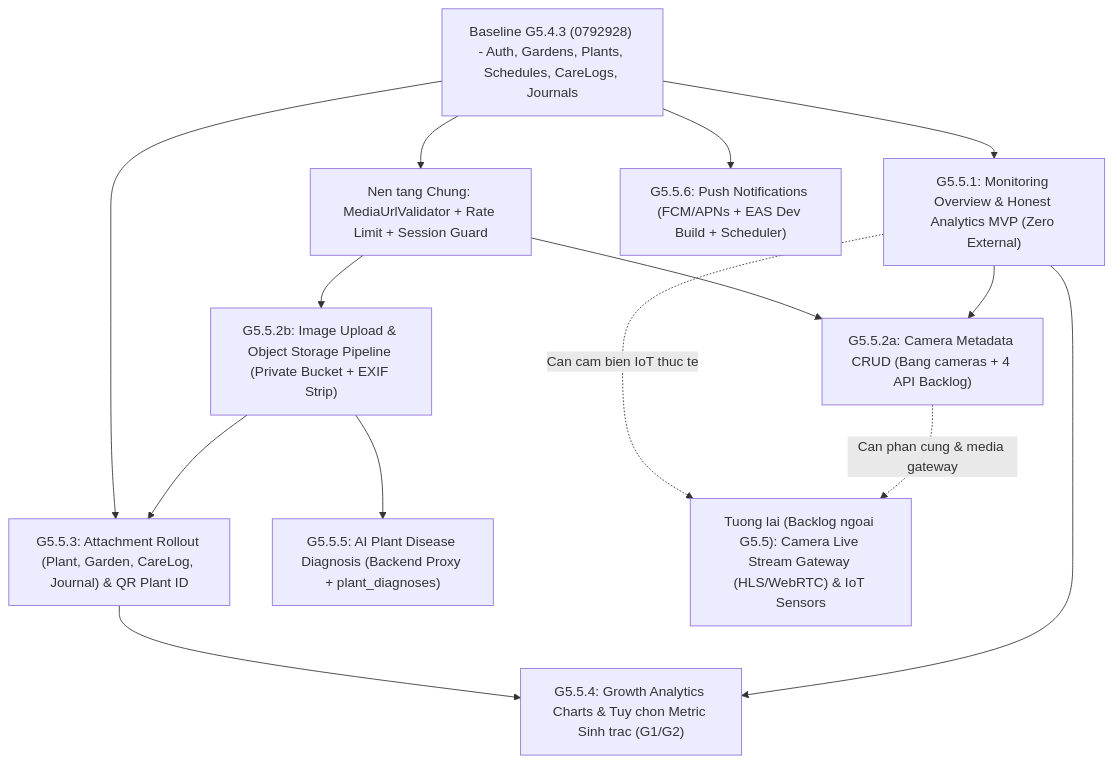
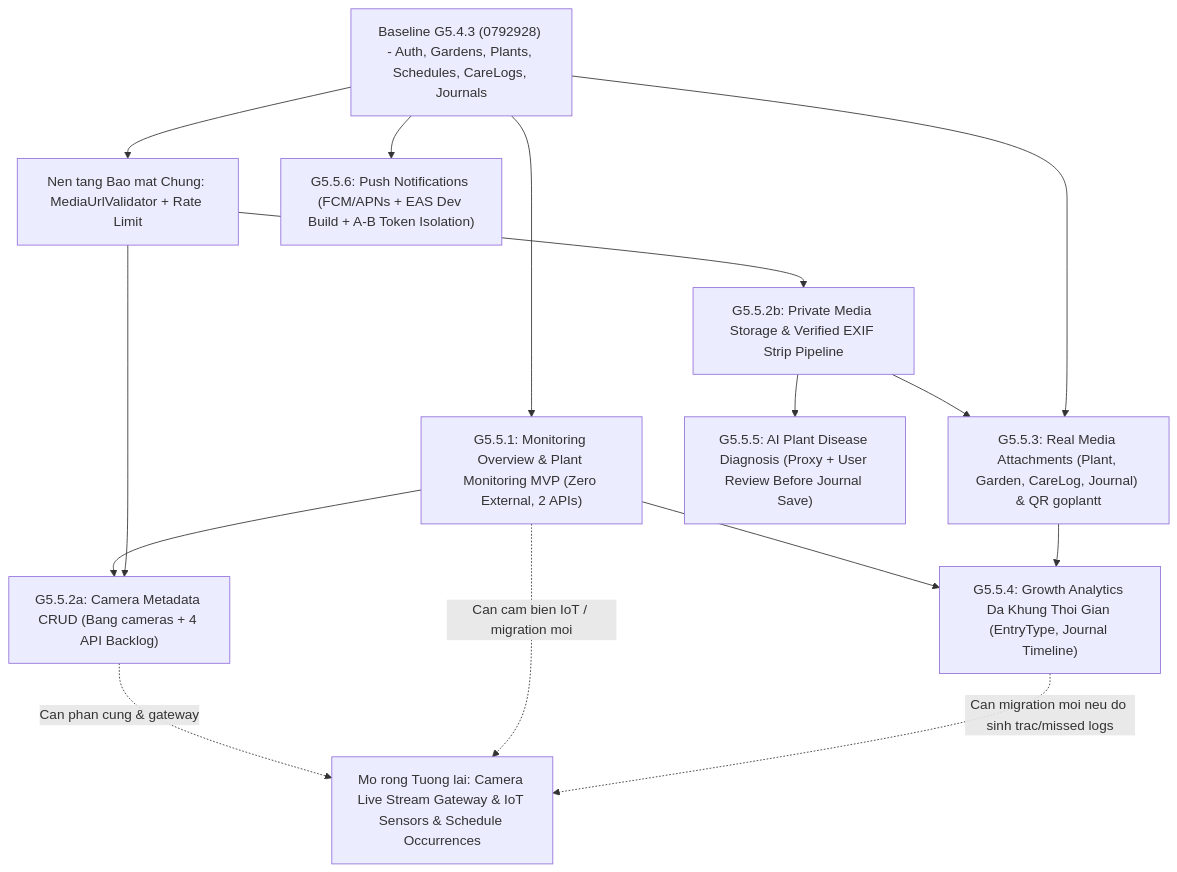
One commit to vuduc6002/GoPlant changed the diagram in docs/roadmap/g5.5-technical-readiness-and-implementation-roadmap.md. Above: the diagram before and after it, drawn with Mermaid. The commit also changed other lines of this file, not shown here.

Commit message:
docs: refine g5.5 technical readiness roadmap

````diff
--- a/docs/roadmap/g5.5-technical-readiness-and-implementation-roadmap.md
+++ b/docs/roadmap/g5.5-technical-readiness-and-implementation-roadmap.md
@@ -302,27 +332,28 @@
 ```mermaid
 flowchart TD
     B0["Baseline G5.4.3 (0792928) - Auth, Gardens, Plants, Schedules, CareLogs, Journals"]
-    SEC["Nen tang Chung: MediaUrlValidator + Rate Limit + Session Guard"]
-    M1["G5.5.1: Monitoring Overview & Honest Analytics MVP (Zero External)"]
+    M1["G5.5.1: Monitoring Overview & Plant Monitoring MVP (Zero External, 2 APIs)"]
+    SEC["Nen tang Bao mat Chung: MediaUrlValidator + Rate Limit"]
     C1["G5.5.2a: Camera Metadata CRUD (Bang cameras + 4 API Backlog)"]
-    ST["G5.5.2b: Image Upload & Object Storage Pipeline (Private Bucket + EXIF Strip)"]
-    G3["G5.5.3: Attachment Rollout (Plant, Garden, CareLog, Journal) & QR Plant ID"]
-    AN["G5.5.4: Growth Analytics Charts & Tuy chon Metric Sinh trac (G1/G2)"]
-    AI["G5.5.5: AI Plant Disease Diagnosis (Backend Proxy + plant_diagnoses)"]
-    PN["G5.5.6: Push Notifications (FCM/APNs + EAS Dev Build + Scheduler)"]
-    C2["Tuong lai (Backlog ngoai G5.5): Camera Live Stream Gateway (HLS/WebRTC) & IoT Sensors"]
+    ST["G5.5.2b: Private Media Storage & Verified EXIF Strip Pipeline"]
+    G3["G5.5.3: Real Media Attachments (Plant, Garden, CareLog, Journal) & QR goplantt"]
+    G4["G5.5.4: Growth Analytics Da Khung Thoi Gian (EntryType, Journal Timeline)"]
+    G5["G5.5.5: AI Plant Disease Diagnosis (Proxy + User Review Before Journal Save)"]
+    G6["G5.5.6: Push Notifications (FCM/APNs + EAS Dev Build + A-B Token Isolation)"]
+    FUT["Mo rong Tuong lai: Camera Live Stream Gateway & IoT Sensors & Schedule Occurrences"]
 
     B0 --> M1
     B0 --> SEC
     M1 --> C1
     SEC --> C1
     SEC --> ST
-    M1 --> AN
+    M1 --> G4
     ST --> G3
     B0 --> G3
-    ST --> AI
-    G3 --> AN
-    B0 --> PN
-    C1 -. "Can phan cung & media gateway" .-> C2
-    M1 -. "Can cam bien IoT thuc te" .-> C2
+    G3 --> G4
+    ST --> G5
+    B0 --> G6
+    C1 -. "Can phan cung & gateway" .-> FUT
+    M1 -. "Can cam bien IoT / migration moi" .-> FUT
+    G4 -. "Can migration moi neu do sinh trac/missed logs" .-> FUT
 ```
````
